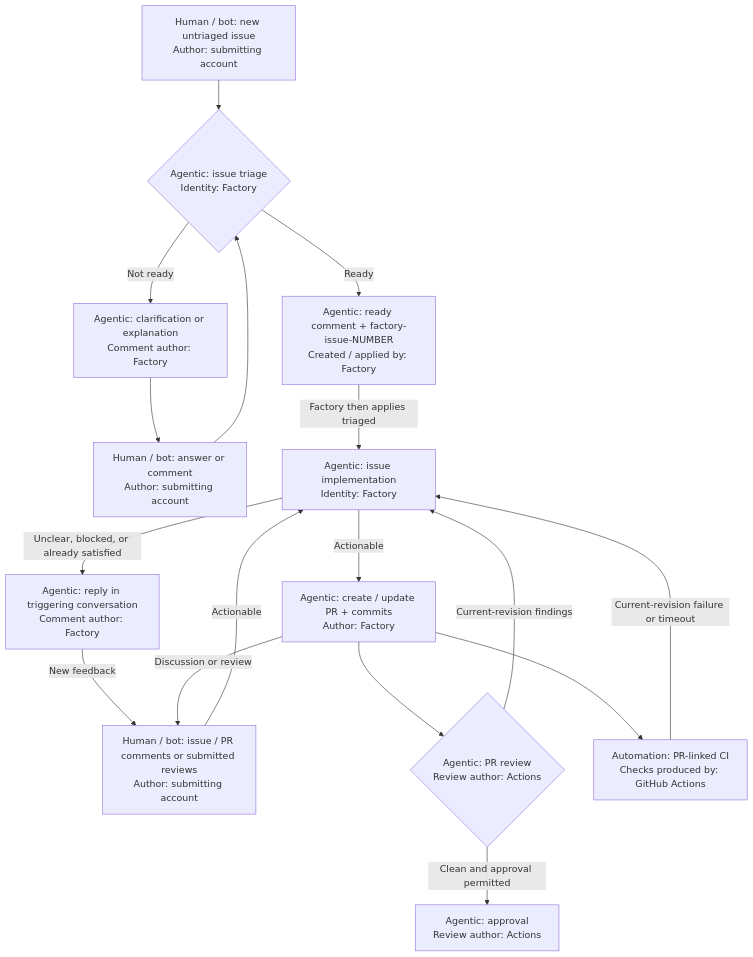
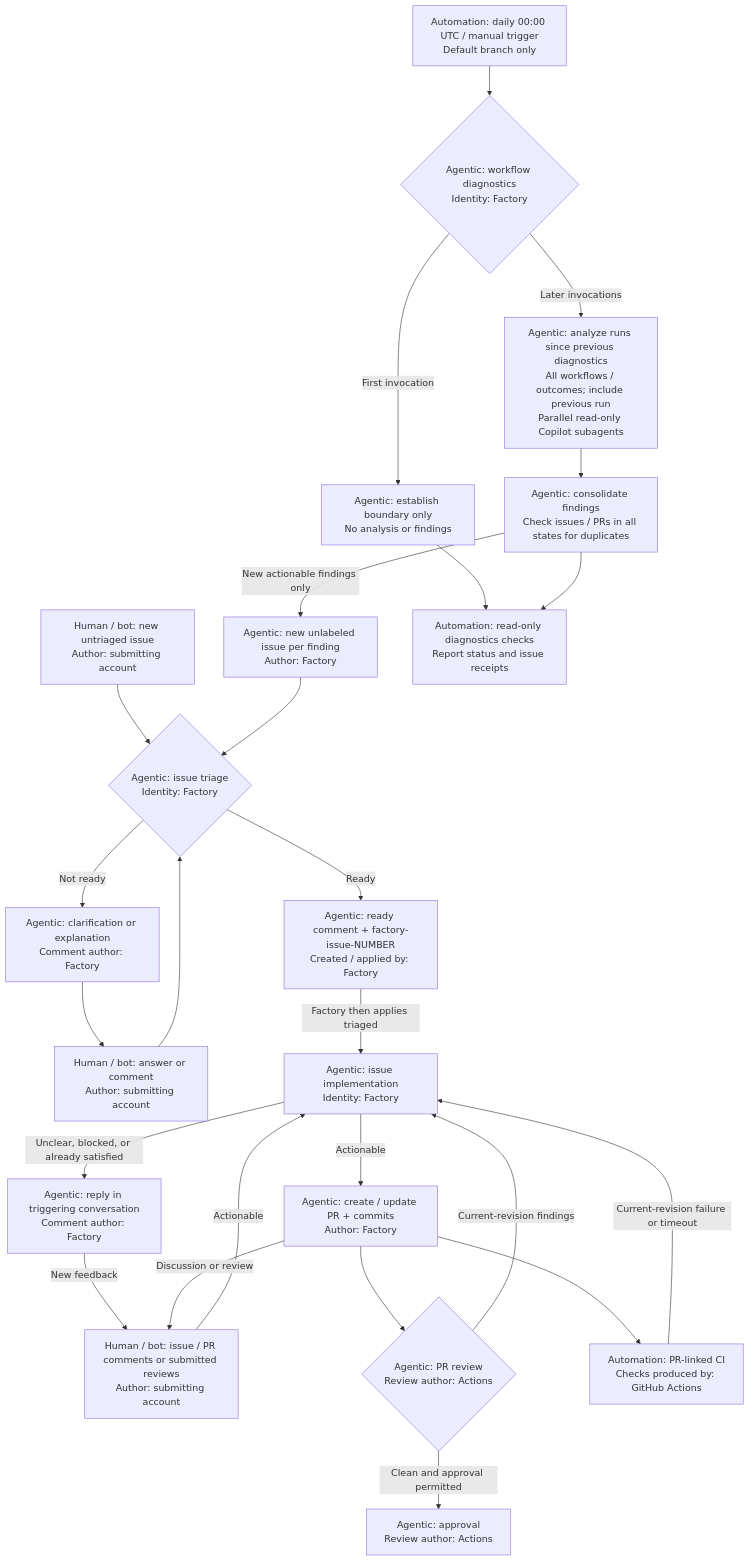
Before and after one commit to VasiliyNovikov/Factory: the diagram in README.md, drawn with Mermaid.

Commit message:
docs: show diagnostics in Factory workflow diagram

````diff
--- a/README.md
+++ b/README.md
@@ -22,19 +22,28 @@
 ```mermaid
 flowchart TD
     issue["Human / bot: new untriaged issue<br/>Author: submitting account"] --> triage{"Agentic: issue triage<br/>Identity: Factory"}
     triage -->|Not ready| clarification["Agentic: clarification or explanation<br/>Comment author: Factory"]
     clarification --> answer["Human / bot: answer or comment<br/>Author: submitting account"]
     answer --> triage
     triage -->|Ready| tracking["Agentic: ready comment + factory-issue-NUMBER<br/>Created / applied by: Factory"]
     tracking -->|Factory then applies triaged| implementation["Agentic: issue implementation<br/>Identity: Factory"]
     implementation -->|Actionable| pr["Agentic: create / update PR + commits<br/>Author: Factory"]
     implementation -->|Unclear, blocked, or already satisfied| reply["Agentic: reply in triggering conversation<br/>Comment author: Factory"]
     reply -->|New feedback| feedback["Human / bot: issue / PR comments or submitted reviews<br/>Author: submitting account"]
     feedback -->|Actionable| implementation
     pr --> review{"Agentic: PR review<br/>Review author: Actions"}
     review -->|Current-revision findings| implementation
     review -->|Clean and approval permitted| approval["Agentic: approval<br/>Review author: Actions"]
     pr --> ci["Automation: PR-linked CI<br/>Checks produced by: GitHub Actions"]
     pr -->|Discussion or review| feedback
     ci -->|Current-revision failure or timeout| implementation
+
+    diagnosticsTrigger["Automation: daily 00:00 UTC / manual trigger<br/>Default branch only"] --> diagnostics{"Agentic: workflow diagnostics<br/>Identity: Factory"}
+    diagnostics -->|First invocation| boundary["Agentic: establish boundary only<br/>No analysis or findings"]
+    diagnostics -->|Later invocations| workflowAnalysis["Agentic: analyze runs since previous diagnostics<br/>All workflows / outcomes; include previous run<br/>Parallel read-only Copilot subagents"]
+    workflowAnalysis --> findings["Agentic: consolidate findings<br/>Check issues / PRs in all states for duplicates"]
+    findings -->|New actionable findings only| diagnosticsIssue["Agentic: new unlabeled issue per finding<br/>Author: Factory"]
+    diagnosticsIssue --> triage
+    boundary --> diagnosticsChecks["Automation: read-only diagnostics checks<br/>Report status and issue receipts"]
+    findings --> diagnosticsChecks
 ```
````
